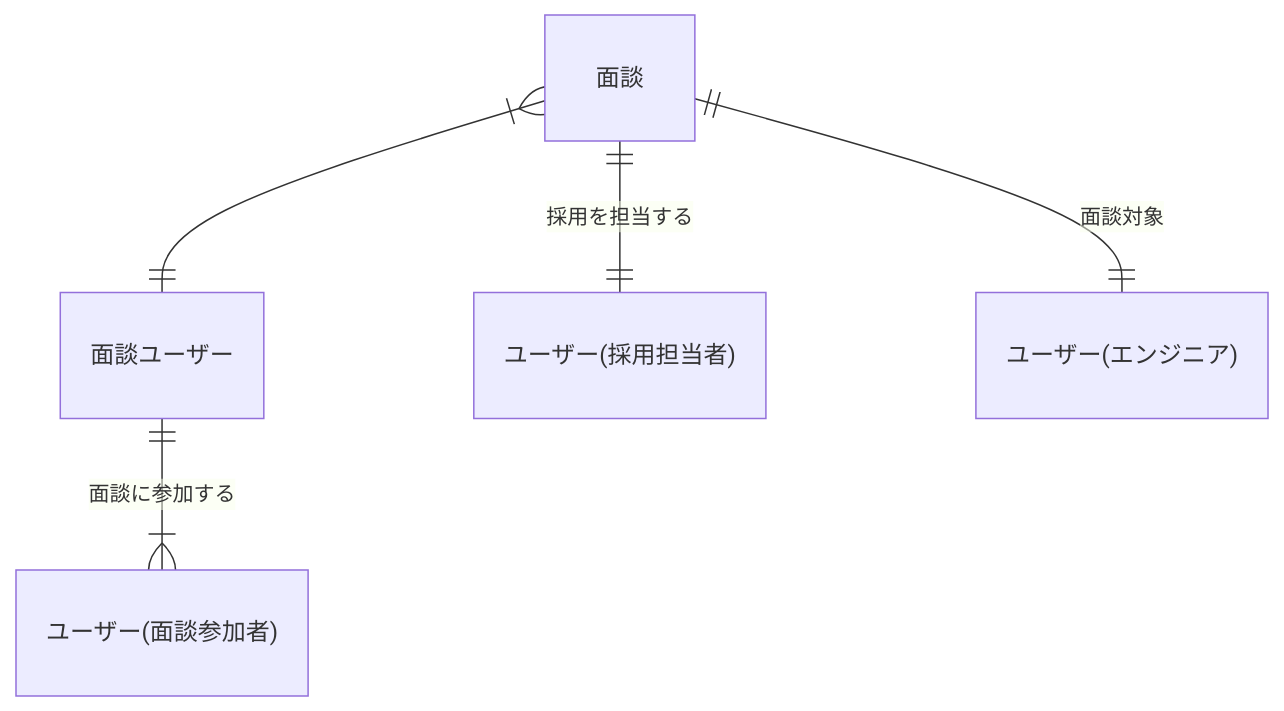
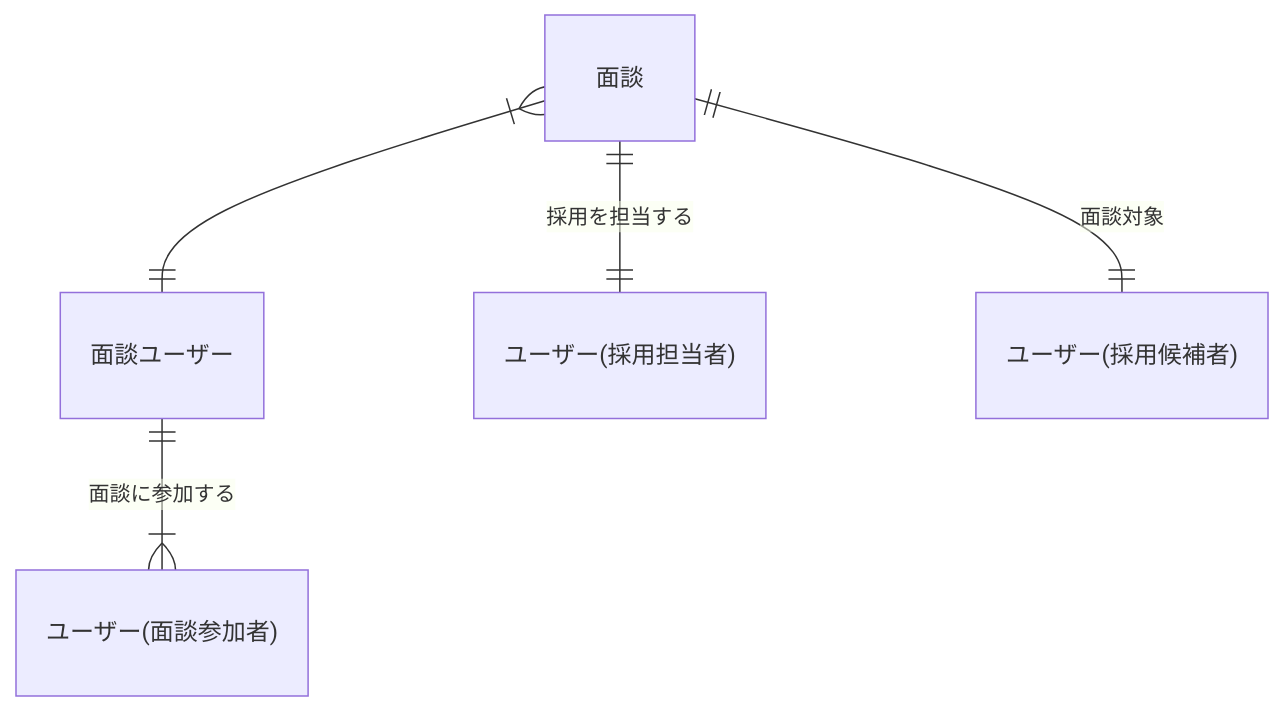
One commit to bright-org/bright changed the third of 6 diagrams in docs/conceptual_schemas/employment_and_interview.md. Above: the diagram before and after it, drawn with Mermaid. The commit also changed other lines of this file, not shown here.

````diff
--- a/docs/conceptual_schemas/employment_and_interview.md
+++ b/docs/conceptual_schemas/employment_and_interview.md
@@ -48,7 +48,7 @@
 ```mermaid
 erDiagram
   "面談"}|--||"面談ユーザー" : ""
   "面談ユーザー"||--|{"ユーザー(面談参加者)" : "面談に参加する"
   "面談"||--||"ユーザー(採用担当者)" : "採用を担当する"
-  "面談"||--||"ユーザー(エンジニア)" : "面談対象"
+  "面談"||--||"ユーザー(採用候補者)" : "面談対象"
 ```
````
